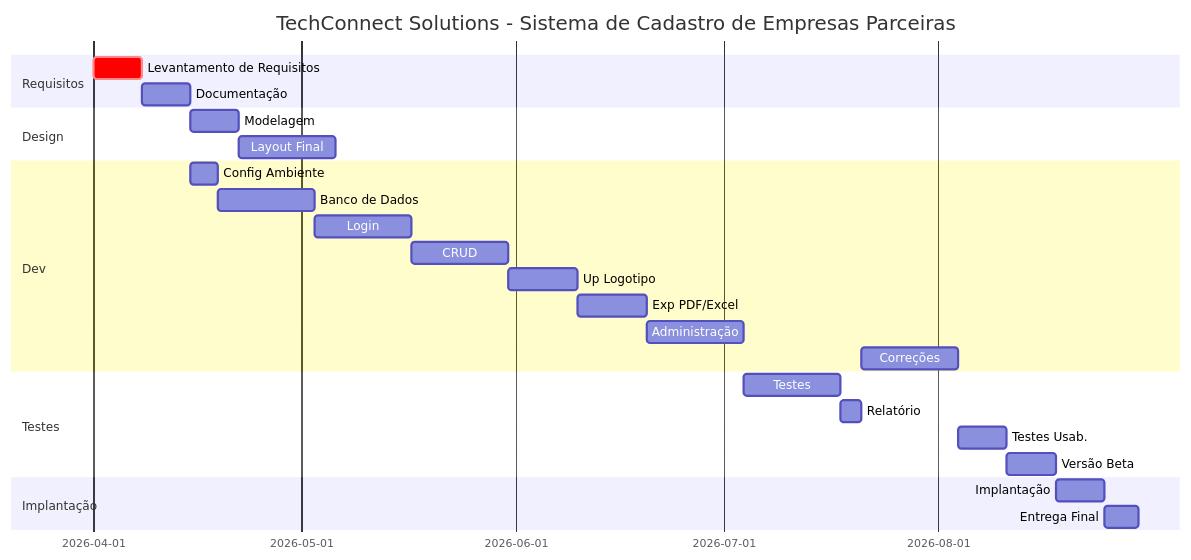
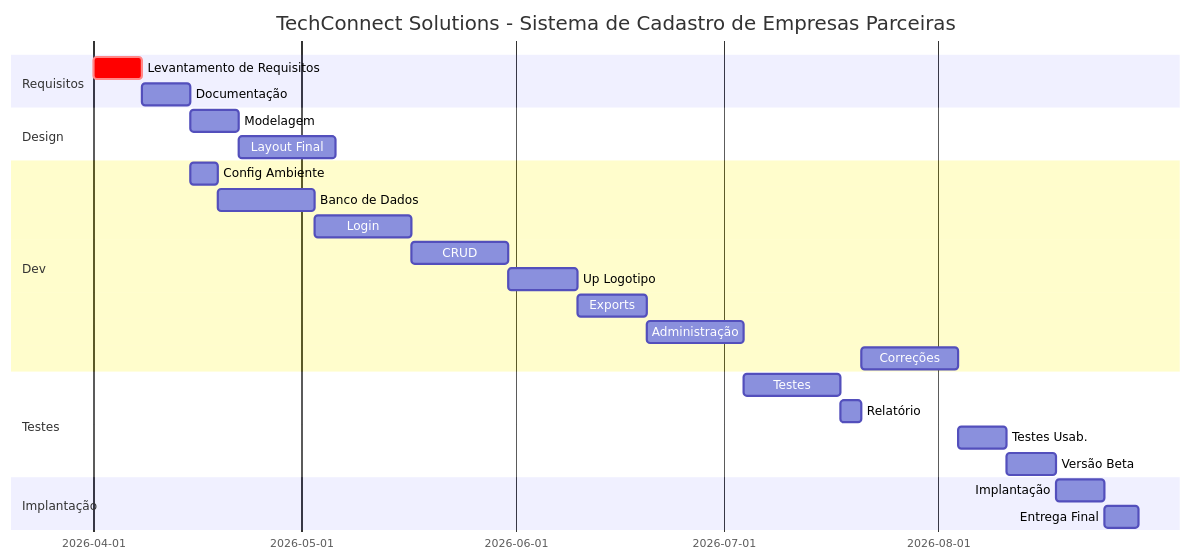
One commit to MaxPichy/teste_gannt3 changed the diagram in ATIVIDADE1.md. Above: the diagram before and after it, drawn with Mermaid.

````diff
--- a/ATIVIDADE1.md
+++ b/ATIVIDADE1.md
@@ -1,33 +1,33 @@
 ```mermaid
 gantt
     title TechConnect Solutions - Sistema de Cadastro de Empresas Parceiras
     dateFormat YYYY-MM-DD
     
     section Requisitos
     Levantamento de Requisitos :crit, req, 2026-04-01, 7d
     Documentação               :doc, after req, 7d
     
     section Design
     Modelagem                   :mod, after doc, 7d
     Layout Final                :lay, after mod, 14d
     
     section Dev
     Config Ambiente            :cfg, after doc, 4d
     Banco de Dados             :bd, after cfg, 14d
     Login                      :lgn, after bd, 14d
     CRUD                       :crd, after lgn, 14d
     Up Logotipo                :lgt, after crd, 10d
-    Exp PDF/Excel              :exp, after lgt, 10d
+    Exports                    :exp, after lgt, 10d
     Administração              :adm, after exp, 14d
     Correções                  :cor, after rel, 14d
     
     section Testes
     Testes                      :tst, after adm, 14d
     Relatório                   :rel, after tst, 3d
     Testes Usab.                :usb, after cor, 7d
     Versão Beta                 :beta, after usb, 7d
     
     section Implantação
     Implantação                 :deploy, after beta, 7d
     Entrega Final               :entrega, after deploy, 5d
 ```
````
